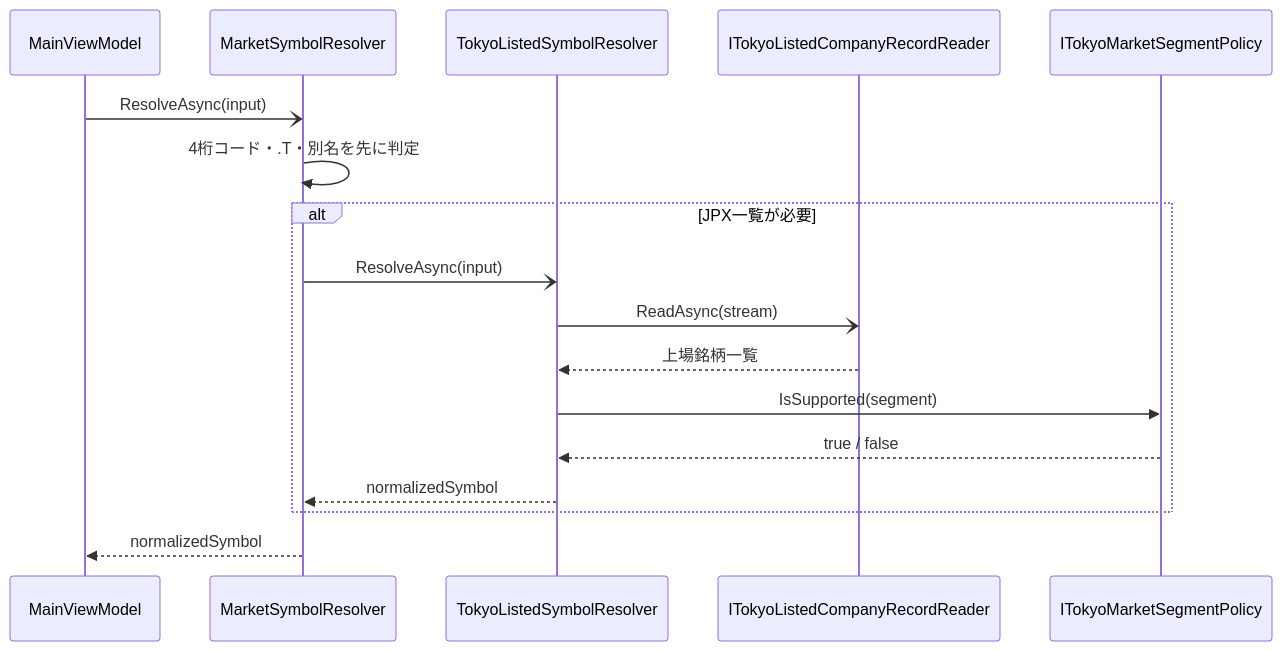
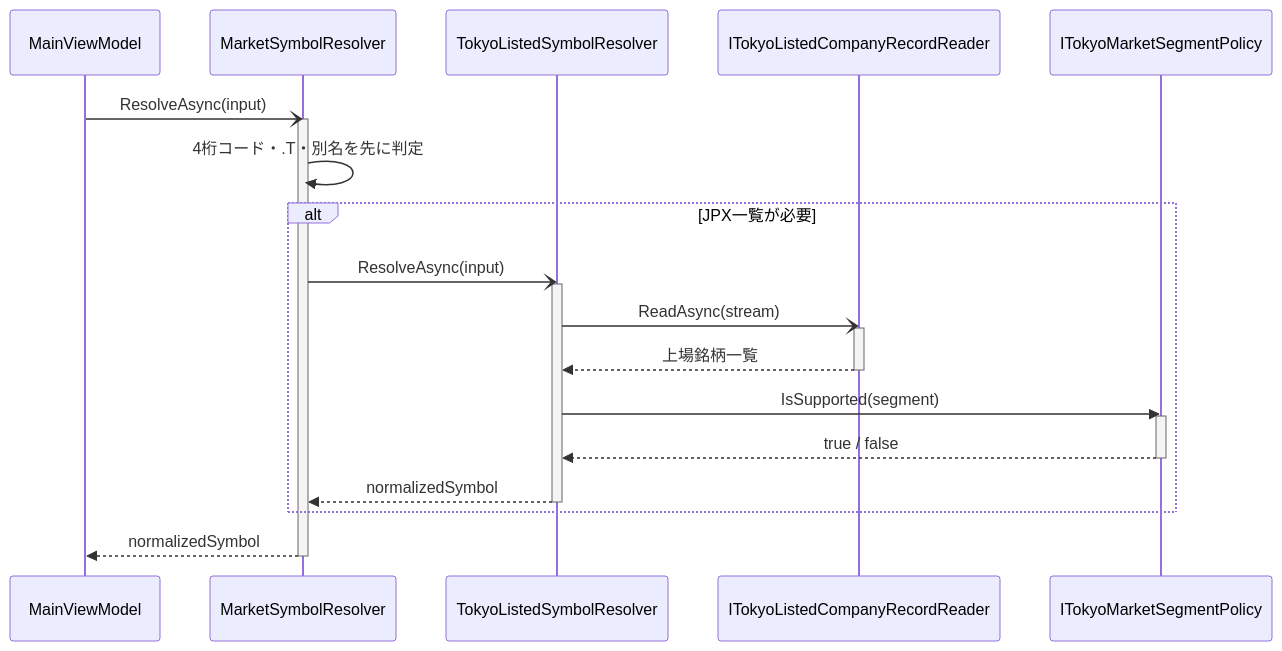
The fifth of 29 diagrams in docs/DESIGN.md (yankee2023/market_monitor), drawn with Mermaid before and after one commit. The commit also changed other lines of this file and 9 other files, not shown here.

````diff
--- a/docs/DESIGN.md
+++ b/docs/DESIGN.md
@@ -182,20 +281,28 @@
 ```mermaid
 sequenceDiagram
     participant VM as MainViewModel
     participant Resolver as MarketSymbolResolver
     participant Tokyo as TokyoListedSymbolResolver
     participant Reader as ITokyoListedCompanyRecordReader
     participant Policy as ITokyoMarketSegmentPolicy
 
     VM-)Resolver: ResolveAsync(input)
+    activate Resolver
     Resolver->>Resolver: 4桁コード・.T・別名を先に判定
     alt JPX一覧が必要
         Resolver-)Tokyo: ResolveAsync(input)
+        activate Tokyo
         Tokyo-)Reader: ReadAsync(stream)
+        activate Reader
         Reader-->>Tokyo: 上場銘柄一覧
+        deactivate Reader
         Tokyo->>Policy: IsSupported(segment)
+        activate Policy
         Policy-->>Tokyo: true / false
+        deactivate Policy
         Tokyo-->>Resolver: normalizedSymbol
+        deactivate Tokyo
     end
     Resolver-->>VM: normalizedSymbol
+    deactivate Resolver
 ```
````
